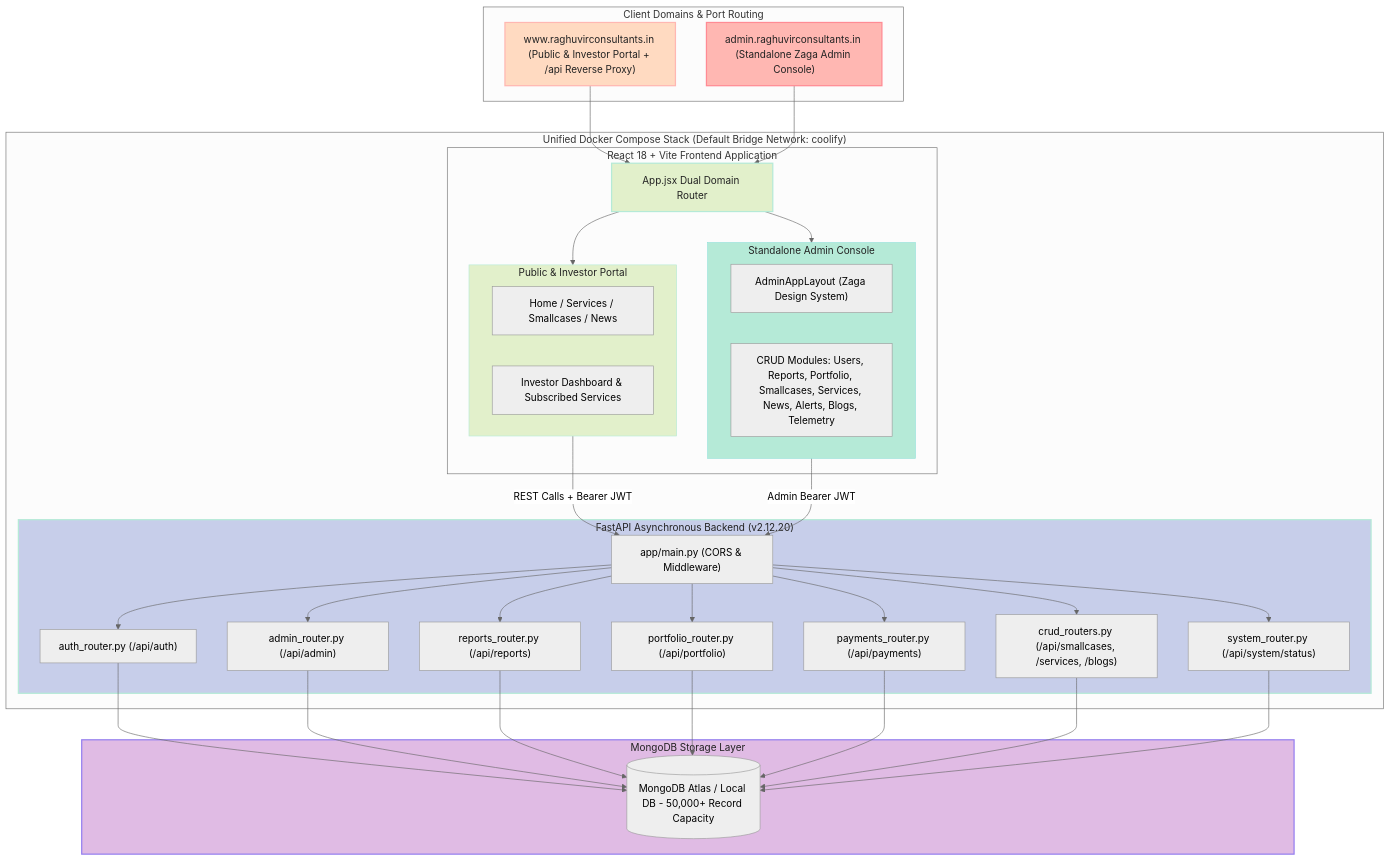
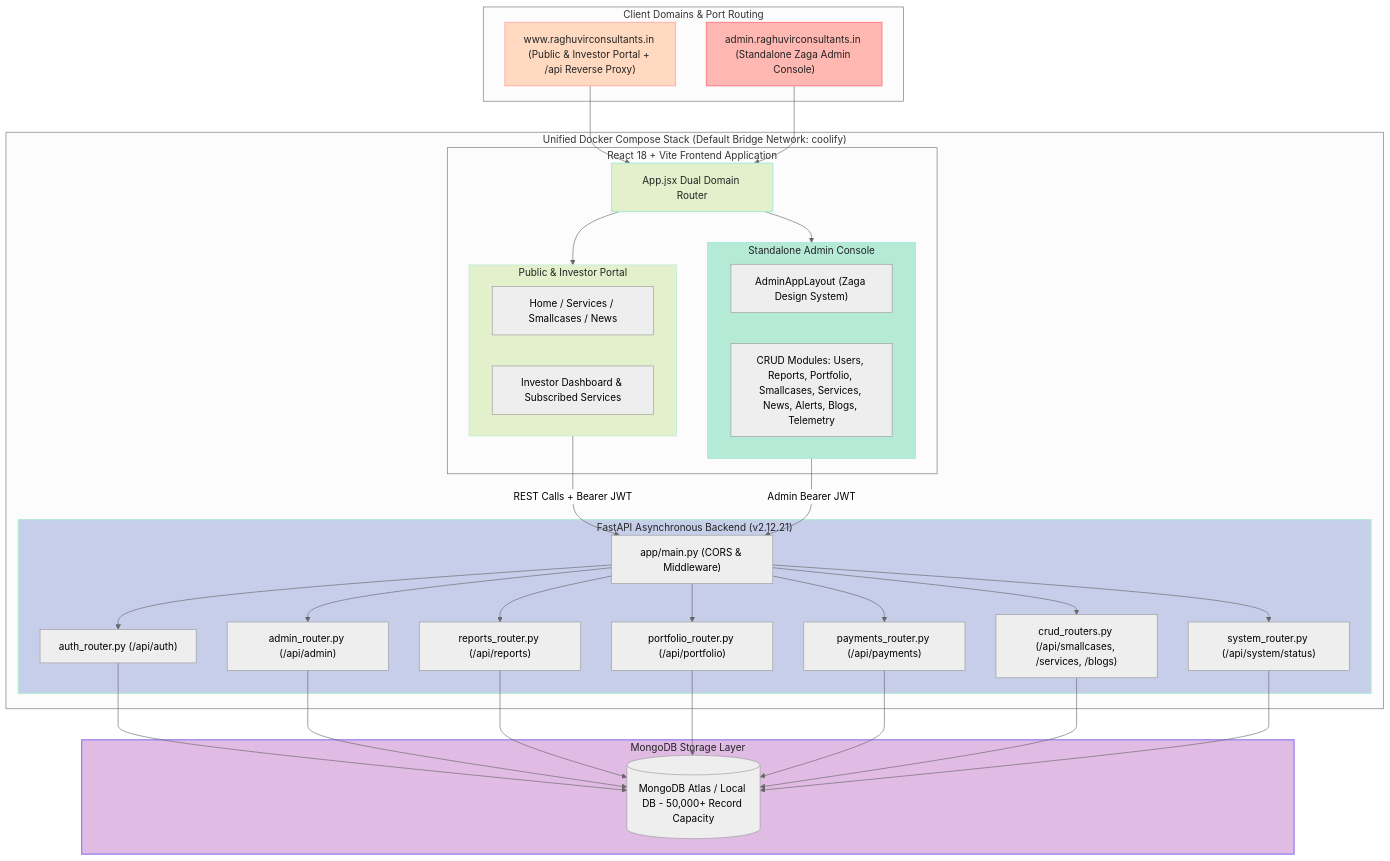
One commit to tejasrsuthar/raghuvirconsultants-site changed the first of 2 diagrams in backend/docs/ARCHITECTURE.md. Above: the diagram before and after it, drawn with Mermaid (neutral theme). The commit also changed other lines of this file and 9 other files, not shown here.

````diff
--- a/backend/docs/ARCHITECTURE.md
+++ b/backend/docs/ARCHITECTURE.md
@@ -14,72 +14,72 @@
 ```mermaid
 graph TD
     subgraph ClientDomains["Client Domains & Port Routing"]
         PublicDomain["www.raghuvirconsultants.in (Public & Investor Portal + /api Reverse Proxy)"]
         AdminDomain["admin.raghuvirconsultants.in (Standalone Zaga Admin Console)"]
     end
 
     subgraph ComposeStack["Unified Docker Compose Stack (Default Bridge Network: coolify)"]
         subgraph ReactFrontend["React 18 + Vite Frontend Application"]
             AppRouter["App.jsx Dual Domain Router"]
             
             subgraph PublicPortal["Public & Investor Portal"]
               PublicViews["Home / Services / Smallcases / News"]
               InvestorPortal["Investor Dashboard & Subscribed Services"]
             end
 
             subgraph ZagaAdmin["Standalone Admin Console"]
               AdminLayout["AdminAppLayout (Zaga Design System)"]
               AdminModules["CRUD Modules: Users, Reports, Portfolio, Smallcases, Services, News, Alerts, Blogs, Telemetry"]
             end
         end
 
-        subgraph FastAPIServer["FastAPI Asynchronous Backend (v2.12.20)"]
+        subgraph FastAPIServer["FastAPI Asynchronous Backend (v2.12.21)"]
             API["app/main.py (CORS & Middleware)"]
             AuthRouter["auth_router.py (/api/auth)"]
             AdminRouter["admin_router.py (/api/admin)"]
             ReportsRouter["reports_router.py (/api/reports)"]
             PortfolioRouter["portfolio_router.py (/api/portfolio)"]
             PaymentsRouter["payments_router.py (/api/payments)"]
             CRUDRouters["crud_routers.py (/api/smallcases, /services, /blogs)"]
             SystemRouter["system_router.py (/api/system/status)"]
         end
     end
 
     subgraph DataStore["MongoDB Storage Layer"]
         MongoDB[(MongoDB Atlas / Local DB - 50,000+ Record Capacity)]
     end
 
     PublicDomain --> AppRouter
     AdminDomain --> AppRouter
 
     AppRouter --> PublicPortal
     AppRouter --> ZagaAdmin
 
     PublicPortal -->|REST Calls + Bearer JWT| API
     ZagaAdmin -->|Admin Bearer JWT| API
 
     API --> AuthRouter
     API --> AdminRouter
     API --> ReportsRouter
     API --> PortfolioRouter
     API --> PaymentsRouter
     API --> CRUDRouters
     API --> SystemRouter
 
     AuthRouter --> MongoDB
     AdminRouter --> MongoDB
     ReportsRouter --> MongoDB
     PortfolioRouter --> MongoDB
     PaymentsRouter --> MongoDB
     CRUDRouters --> MongoDB
     SystemRouter --> MongoDB
 
     %% Pastel Color Palette Styling
     style PublicDomain fill:#FFDAC1,stroke:#FFB7B2,stroke-width:2px,color:#222;
     style AdminDomain fill:#FFB7B2,stroke:#FF8B94,stroke-width:2px,color:#222;
     style AppRouter fill:#E2F0CB,stroke:#B5EAD7,stroke-width:2px,color:#222;
     style PublicPortal fill:#E2F0CB,stroke:#B5EAD7,stroke-width:1px,color:#222;
     style ZagaAdmin fill:#B5EAD7,stroke:#93E1D8,stroke-width:1px,color:#222;
     style FastAPIServer fill:#C7CEEA,stroke:#B5EAD7,stroke-width:2px,color:#222;
     style DataStore fill:#E0BBE4,stroke:#957FEF,stroke-width:2px,color:#222;
 ```
````
